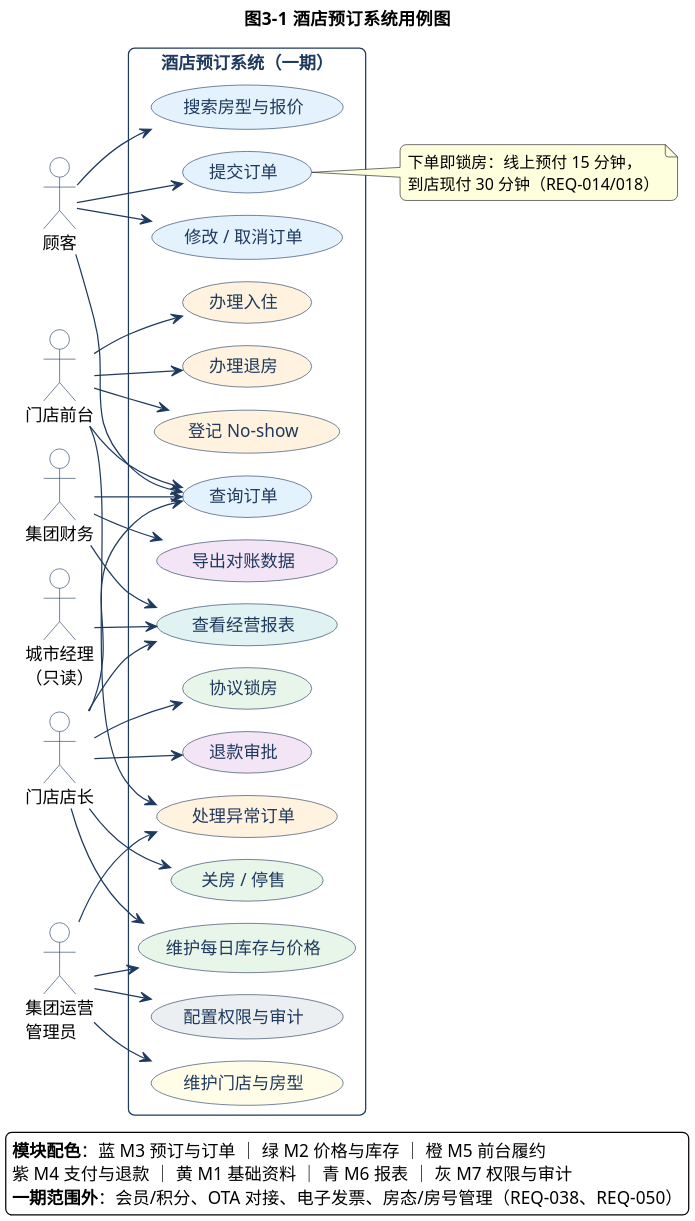
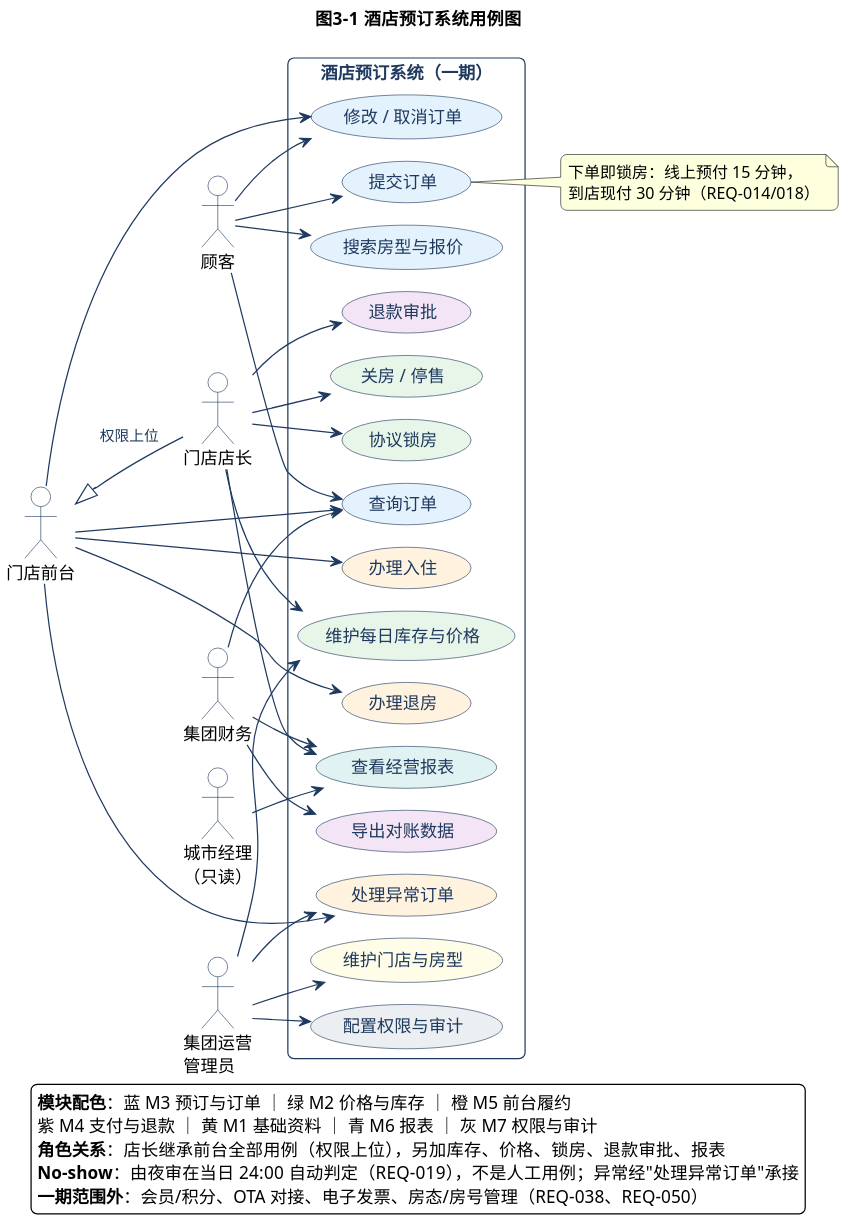
Before and after one commit to Ash-Klein/hotel-booking-system: the diagram in lab2/UML/UML用例图.puml, drawn with PlantUML. The commit also changed 6 other files, not shown here.

First line of the commit message:
fix(lab2): 用例图删 No-show 人工用例，店长改为继承前台（REQ-019/001）

```diff
--- a/lab2/UML/UML用例图.puml
+++ b/lab2/UML/UML用例图.puml
@@ -1,90 +1,92 @@
 @startuml UML用例图
 !pragma layout smetana
 skinparam defaultFontName "Microsoft YaHei"
 skinparam dpi 200
 skinparam shadowing false
 skinparam backgroundColor #FFFFFF
 skinparam roundCorner 10
 skinparam ArrowColor #1F3A5F
 skinparam ArrowFontColor #1F3A5F
 skinparam ArrowFontSize 12
 skinparam usecaseBorderColor #1F3A5F
 skinparam usecaseFontColor #1F3A5F
 skinparam actorBorderColor #1F3A5F
 skinparam actorBackgroundColor #FFFFFF
 skinparam rectangleBorderColor #1F3A5F
 skinparam rectangleFontColor #1F3A5F
 left to right direction
 title 图3-1  酒店预订系统用例图
 
 actor "顾客" as Guest
 actor "门店前台" as Front
 actor "门店店长" as Manager
 actor "集团财务" as Finance
 actor "集团运营\n管理员" as Admin
 actor "城市经理\n（只读）" as City
 
 rectangle "酒店预订系统（一期）" {
   usecase "搜索房型与报价" as UC_Search #E3F2FD
   usecase "提交订单" as UC_Submit #E3F2FD
   usecase "修改 / 取消订单" as UC_Change #E3F2FD
   usecase "查询订单" as UC_Query #E3F2FD
 
   usecase "维护每日库存与价格" as UC_Inv #E8F5E9
   usecase "关房 / 停售" as UC_Close #E8F5E9
   usecase "协议锁房" as UC_Lock #E8F5E9
 
   usecase "办理入住" as UC_CheckIn #FFF3E0
   usecase "办理退房" as UC_CheckOut #FFF3E0
-  usecase "登记 No-show" as UC_NoShow #FFF3E0
   usecase "处理异常订单" as UC_Exception #FFF3E0
 
   usecase "退款审批" as UC_Approve #F3E5F5
   usecase "导出对账数据" as UC_Recon #F3E5F5
 
   usecase "维护门店与房型" as UC_Base #FFFDE7
   usecase "查看经营报表" as UC_Report #E0F2F1
   usecase "配置权限与审计" as UC_RoleLog #ECEFF1
 }
 
 Guest --> UC_Search
 Guest --> UC_Submit
 Guest --> UC_Change
 Guest --> UC_Query
 
 Front --> UC_CheckIn
 Front --> UC_CheckOut
-Front --> UC_NoShow
+Front --> UC_Change
 Front --> UC_Exception
 Front --> UC_Query
+
+Front <|-- Manager : 权限上位
 
 Manager --> UC_Inv
 Manager --> UC_Close
 Manager --> UC_Lock
 Manager --> UC_Approve
-Manager --> UC_Query
 Manager --> UC_Report
 
 Finance --> UC_Recon
 Finance --> UC_Report
 Finance --> UC_Query
 
 Admin --> UC_Base
 Admin --> UC_RoleLog
 Admin --> UC_Inv
 Admin --> UC_Exception
 
 City --> UC_Report
 
 note right of UC_Submit
   下单即锁房：线上预付 15 分钟，
   到店现付 30 分钟（REQ-014/018）
 end note
 
 legend bottom
   <b>模块配色</b>：蓝 M3 预订与订单 ｜ 绿 M2 价格与库存 ｜ 橙 M5 前台履约
   紫 M4 支付与退款 ｜ 黄 M1 基础资料 ｜ 青 M6 报表 ｜ 灰 M7 权限与审计
+  <b>角色关系</b>：店长继承前台全部用例（权限上位），另加库存、价格、锁房、退款审批、报表
+  <b>No-show</b>：由夜审在当日 24:00 自动判定（REQ-019），不是人工用例；异常经"处理异常订单"承接
   <b>一期范围外</b>：会员/积分、OTA 对接、电子发票、房态/房号管理（REQ-038、REQ-050）
 endlegend
 
 @enduml
```
